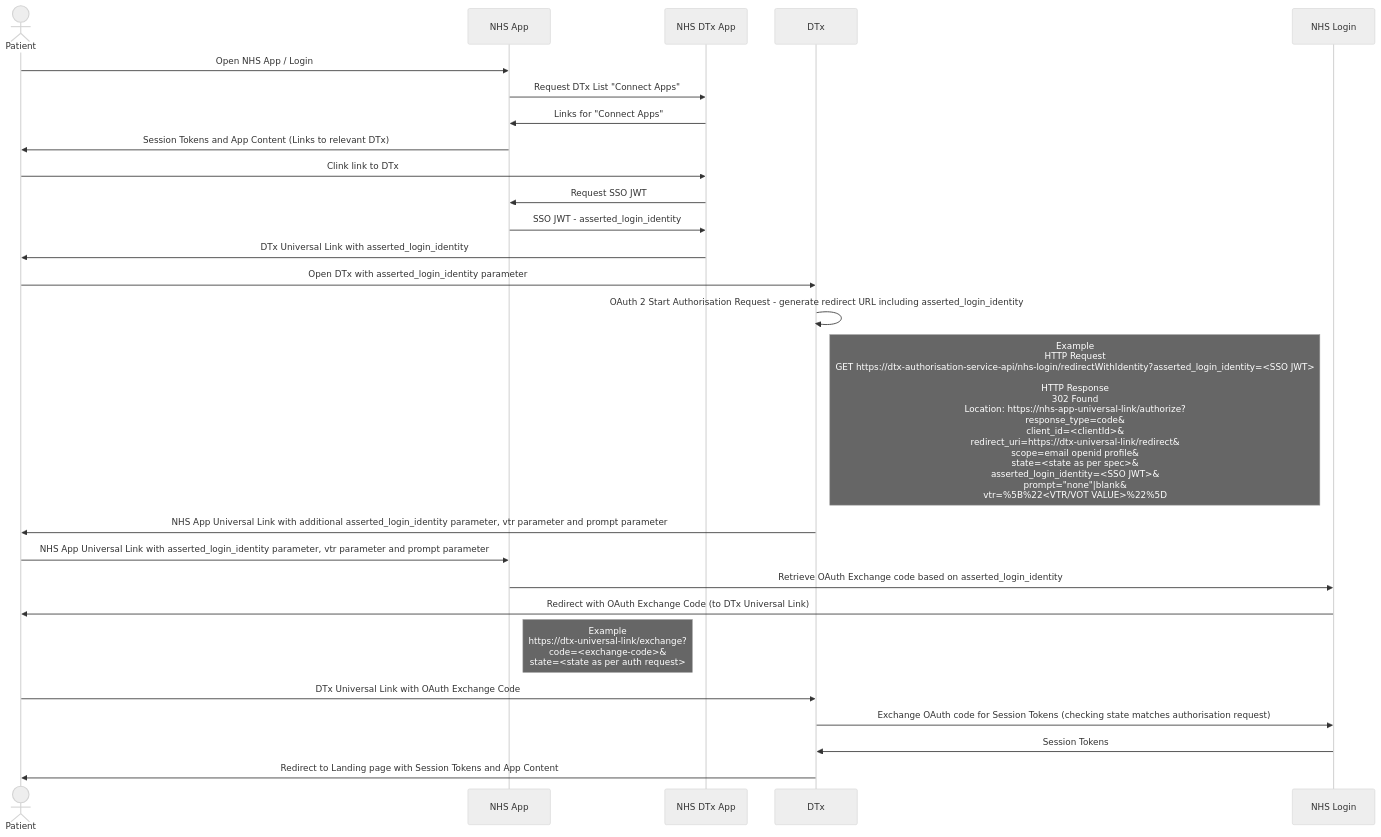
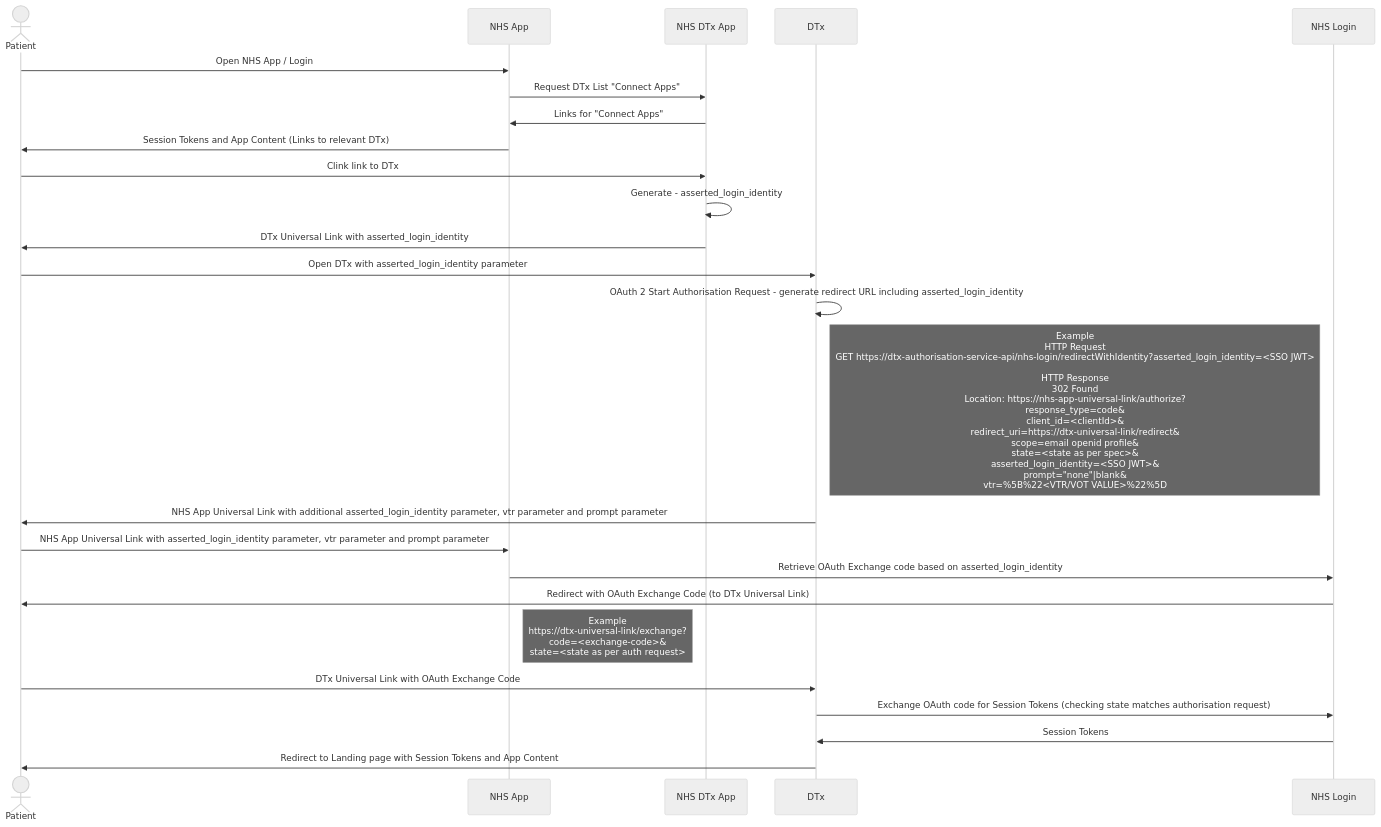
Before and after one commit to mattfellows-mmh/healthstore-dtx-supplier-integration-framework: the fourth of 5 diagrams in docs/dtx-enrolment-and-app-launch-sequences.md, drawn with Mermaid (neutral theme). The commit also changed other lines of this file, not shown here.

Commit message:
Update app not installed sequence to match the SSO flow

````diff
--- a/docs/dtx-enrolment-and-app-launch-sequences.md
+++ b/docs/dtx-enrolment-and-app-launch-sequences.md
@@ -56,25 +56,24 @@
 ```mermaid
   sequenceDiagram
   actor Patient
     Patient ->> NHS App: Open NHS App / Login
     NHS App ->> NHS DTx App: Request DTx List "Connect Apps"
     NHS DTx App ->> NHS App: Links for "Connect Apps"
     NHS App ->> Patient: Session Tokens and App Content (Links to relevant DTx)
     Patient->>NHS DTx App: Clink link to DTx 
-    NHS DTx App ->> NHS App: Request SSO JWT
-    NHS App ->> NHS DTx App: SSO JWT - asserted_login_identity
+    NHS DTx App ->> NHS DTx App: Generate - asserted_login_identity
     NHS DTx App ->> Patient: DTx Universal Link with asserted_login_identity
     Patient ->> DTx: Open DTx with asserted_login_identity parameter
     DTx->>DTx: OAuth 2 Start Authorisation Request - generate redirect URL including asserted_login_identity
     Note right of DTx: Example<br/> HTTP Request<br/> GET https://dtx-authorisation-service-api/nhs-login/redirectWithIdentity?asserted_login_identity=<SSO JWT> <br/><br/>HTTP Response <br/>302 Found<br/> Location: https://nhs-app-universal-link/authorize?<br/>response_type=code&<br/>client_id=<clientId>&<br/>redirect_uri=https://dtx-universal-link/redirect&<br/>scope=email openid profile&<br/>state=<state as per spec>&<br/>asserted_login_identity=<SSO JWT>&<br/>prompt="none"|blank&<br/>vtr=%5B%22<VTR/VOT VALUE>%22%5D
     DTx->>Patient: NHS App Universal Link with additional asserted_login_identity parameter, vtr parameter and prompt parameter
     Patient->>NHS App: NHS App Universal Link with asserted_login_identity parameter, vtr parameter and prompt parameter
 
     NHS App->>NHS Login: Retrieve OAuth Exchange code based on asserted_login_identity
     NHS Login->>Patient: Redirect with OAuth Exchange Code (to DTx Universal Link)
     Note right of NHS App: Example<br/> https://dtx-universal-link/exchange?<br/>code=<exchange-code>&<br/>state=<state as per auth request>
     Patient->>DTx: DTx Universal Link with OAuth Exchange Code
     DTx->>NHS Login: Exchange OAuth code for Session Tokens (checking state matches authorisation request)
     NHS Login->>DTx: Session Tokens
     DTx->>Patient: Redirect to Landing page with Session Tokens and App Content
 ```
````
